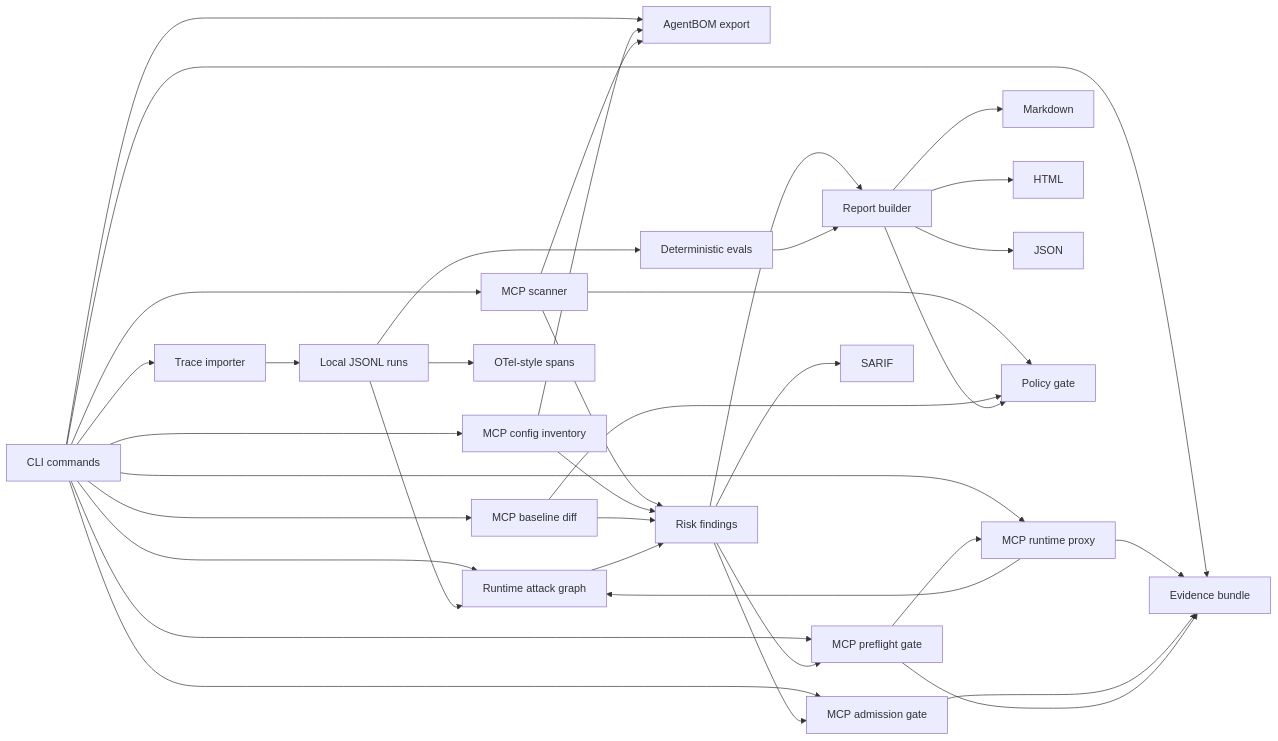
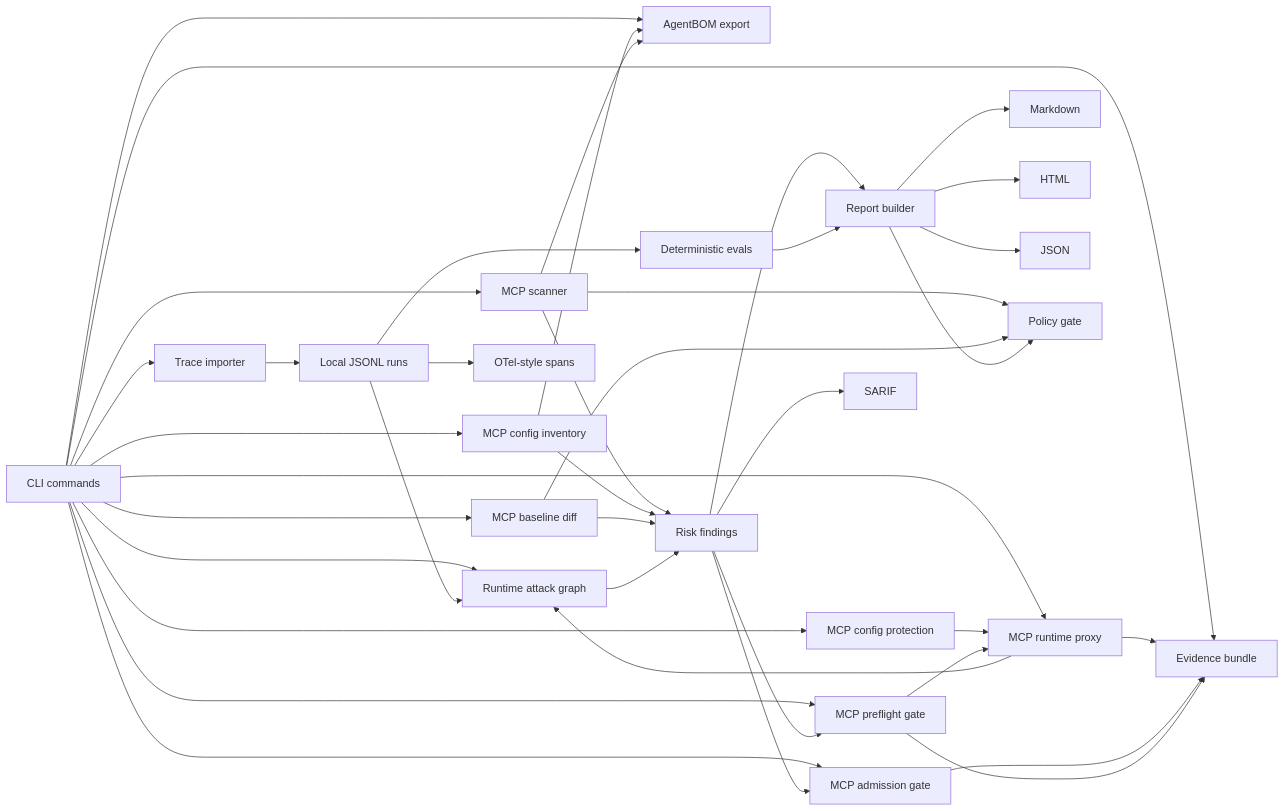
Before and after one commit to Gowrav-M/agentops-watchtower: the diagram in docs/architecture.md, drawn with Mermaid. The commit also changed other lines of this file and 16 other files, not shown here.

Commit message:
feat: add mcp protect mode

````diff
--- a/docs/architecture.md
+++ b/docs/architecture.md
@@ -5,39 +5,41 @@
 ```mermaid
 flowchart LR
   CLI["CLI commands"] --> Importer["Trace importer"]
   CLI --> Scanner["MCP scanner"]
   CLI --> Inventory["MCP config inventory"]
   CLI --> AgentBOM["AgentBOM export"]
   CLI --> Baseline["MCP baseline diff"]
   CLI --> Admission["MCP admission gate"]
   CLI --> Gate["MCP preflight gate"]
   CLI --> Proxy["MCP runtime proxy"]
+  CLI --> Protect["MCP config protection"]
   CLI --> AttackGraph["Runtime attack graph"]
   CLI --> Evidence["Evidence bundle"]
   Importer --> Runs["Local JSONL runs"]
   Scanner --> Findings["Risk findings"]
   Inventory --> Findings
   Inventory --> AgentBOM
   Scanner --> AgentBOM
   Baseline --> Findings
   Findings --> Admission
   Findings --> Gate
+  Protect --> Proxy
   Gate --> Proxy
   Proxy --> AttackGraph
   Proxy --> Evidence
   Admission --> Evidence
   Gate --> Evidence
   Runs --> Evals["Deterministic evals"]
   Runs --> AttackGraph
   AttackGraph --> Findings
   Findings --> Report["Report builder"]
   Evals --> Report
   Report --> Markdown["Markdown"]
   Report --> HTML["HTML"]
   Report --> JSON["JSON"]
   Runs --> OTel["OTel-style spans"]
   Findings --> SARIF["SARIF"]
   Scanner --> Policy["Policy gate"]
   Baseline --> Policy
   Report --> Policy
 ```
````
